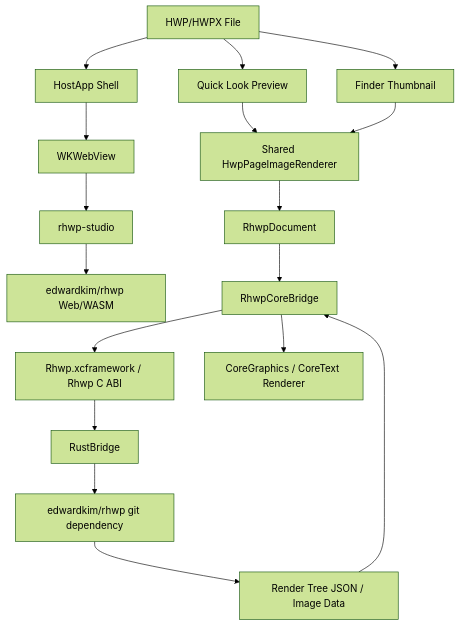
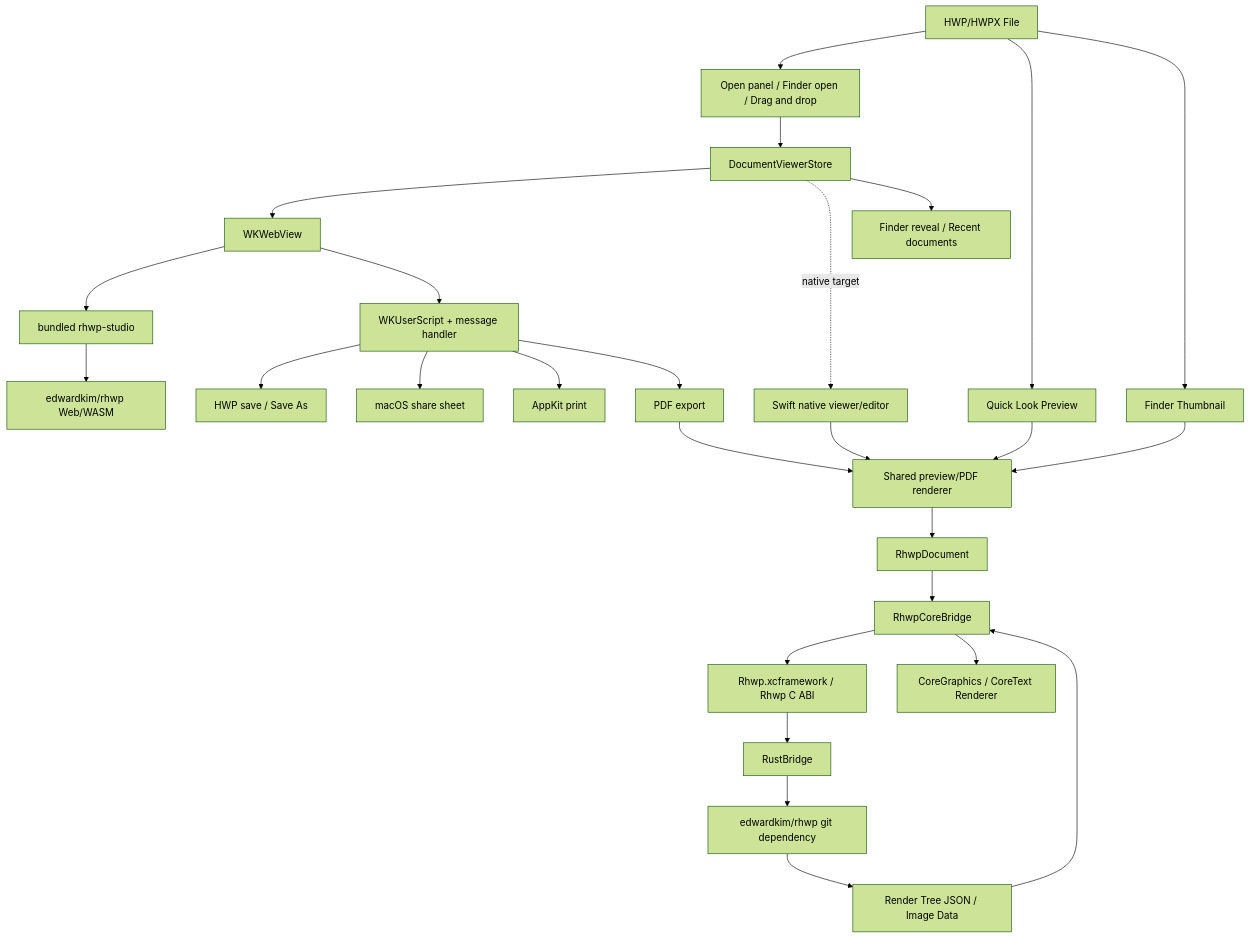
Before and after one commit to postmelee/alhangeul-macos: the diagram in README.md, drawn with Mermaid (forest theme). The commit also changed other lines of this file and 6 other files, not shown here.

````diff
--- a/README.md
+++ b/README.md
@@ -416,19 +450,29 @@
 ```mermaid
 graph TB
-    HWP[HWP/HWPX File] --> HostApp[HostApp Shell]
+    HWP[HWP/HWPX File] --> Open[Open panel / Finder open / Drag and drop]
+    Open --> Store[DocumentViewerStore]
+    Store --> WebView[WKWebView]
+    WebView --> Studio[bundled rhwp-studio]
+    Studio --> WebCore[edwardkim/rhwp Web/WASM]
+    Store -. native target .-> NativeViewer[Swift native viewer/editor]
+    WebView --> HostBridge[WKUserScript + message handler]
+    HostBridge --> Save[HWP save / Save As]
+    HostBridge --> Share[macOS share sheet]
+    HostBridge --> Print[AppKit print]
+    HostBridge --> PDF[PDF export]
+    Store --> Reveal[Finder reveal / Recent documents]
     HWP --> Preview[Quick Look Preview]
     HWP --> Thumbnail[Finder Thumbnail]
-    HostApp --> WebView[WKWebView]
-    WebView --> Studio[rhwp-studio]
-    Studio --> WebCore[edwardkim/rhwp Web/WASM]
-    Preview --> Shared[Shared HwpPageImageRenderer]
+    PDF --> Shared[Shared preview/PDF renderer]
+    Preview --> Shared
     Thumbnail --> Shared
+    NativeViewer --> Shared
     Shared --> Doc[RhwpDocument]
     Doc --> Bridge[RhwpCoreBridge]
     Bridge --> XC[Rhwp.xcframework / Rhwp C ABI]
     XC --> RustBridge[RustBridge]
     RustBridge --> Core[edwardkim/rhwp git dependency]
     Core --> Data[Render Tree JSON / Image Data]
     Data --> Bridge
     Bridge --> CG[CoreGraphics / CoreText Renderer]
 ```
````
